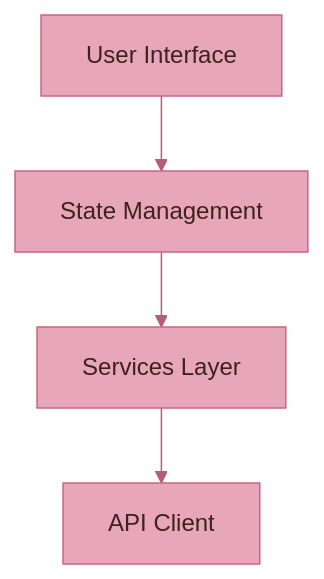
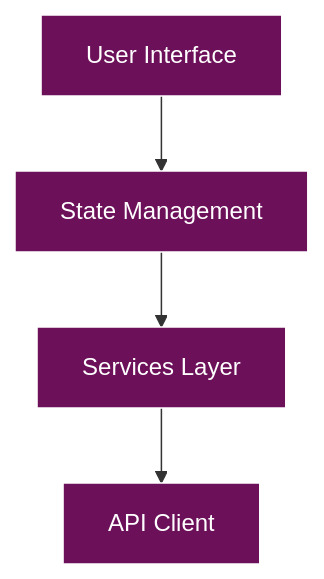
The fifth of 5 diagrams in docs/MERMAID_THEME.md (radicalkjax/Athena), drawn with Mermaid before and after one commit. The commit also changed other lines of this file and 4 other files, not shown here.

Commit message:
updates to mermaid styling

````diff
--- a/docs/MERMAID_THEME.md
+++ b/docs/MERMAID_THEME.md
@@ -118,22 +122,27 @@
 ```mermaid
 %%{init: {
   'theme': 'base',
   'themeVariables': {
-    'primaryColor': '#E8A6BA',
-    'primaryTextColor': '#3E231A',
-    'primaryBorderColor': '#C86681',
-    'lineColor': '#B65E71',
-    'secondaryColor': '#F6BD6B',
-    'tertiaryColor': '#D58C61',
-    'background': '#FFFFFF',
-    'mainBkg': '#E8A6BA',
-    'secondBkg': '#F6BD6B',
-    'tertiaryBkg': '#D58C61',
-    'textColor': '#3E231A'
+    'primaryColor': '#6d105a',
+    'primaryTextColor': '#ffffff',
+    'primaryBorderColor': '#ffffff',
+    'lineColor': '#333333',
+    'secondaryColor': '#e8f4d4',
+    'secondaryTextColor': '#333333',
+    'secondaryBorderColor': '#333333',
+    'tertiaryColor': '#f9d0c4',
+    'tertiaryTextColor': '#333333',
+    'tertiaryBorderColor': '#333333',
+    'background': '#ffffff',
+    'mainBkg': '#6d105a',
+    'secondBkg': '#e8f4d4',
+    'tertiaryBkg': '#f9d0c4',
+    'textColor': '#333333',
+    'fontFamily': 'Arial, sans-serif'
   }
 }}%%
 graph TD
     A[User Interface] --> B[State Management]
     B --> C[Services Layer]
     C --> D[API Client]
 ```
````
